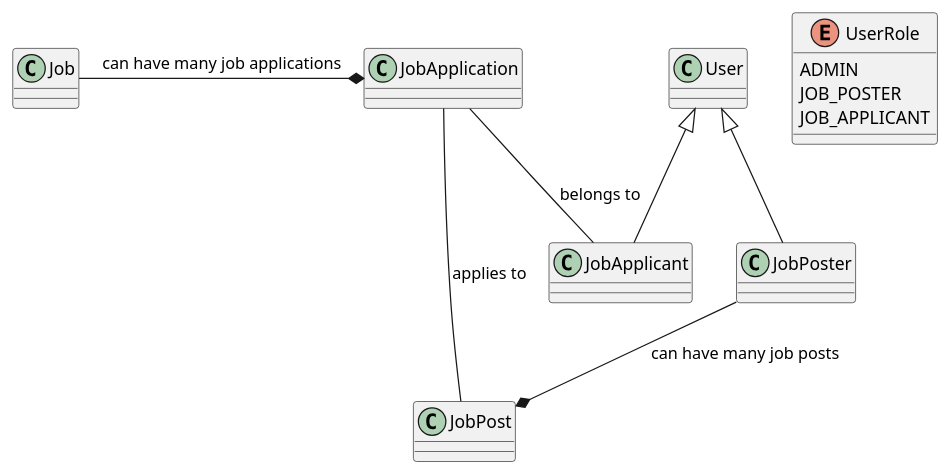
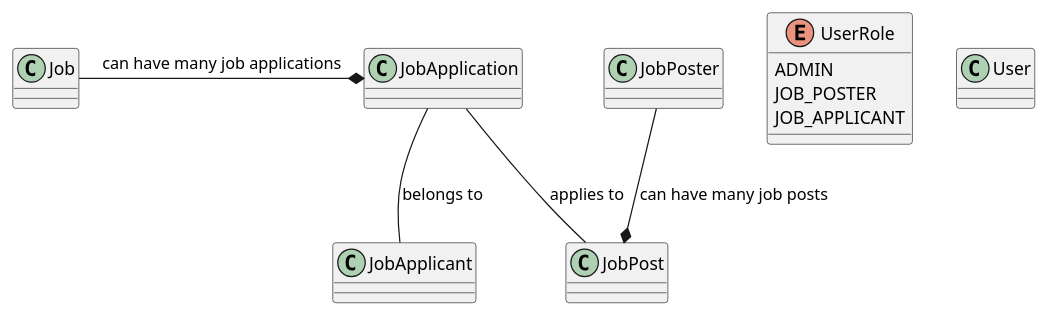
One commit to info-dpv-intelligence/jobpulse changed the diagram in docs/design.puml. Above: the diagram before and after it, drawn with PlantUML. The commit also changed 17 other files, not shown here.

```diff
--- a/docs/design.puml
+++ b/docs/design.puml
@@ -1,22 +1,19 @@
 @startuml
 
 enum UserRole {
   ADMIN
   JOB_POSTER
   JOB_APPLICANT
 }
 
 class User {}
 
 class JobPost {}
 
 class JobApplication {}
 
-class JobApplicant extends User {}
-class JobPoster extends User {}
-
 JobPoster --* JobPost: can have many job posts
 Job -* JobApplication : can have many job applications
 JobApplication -- JobPost : applies to
 JobApplication -- JobApplicant : belongs to
 @enduml
```
